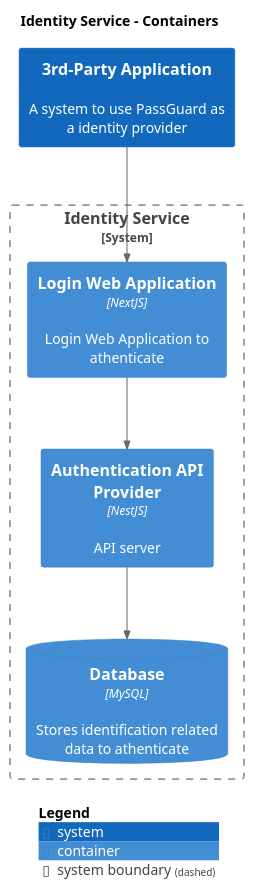
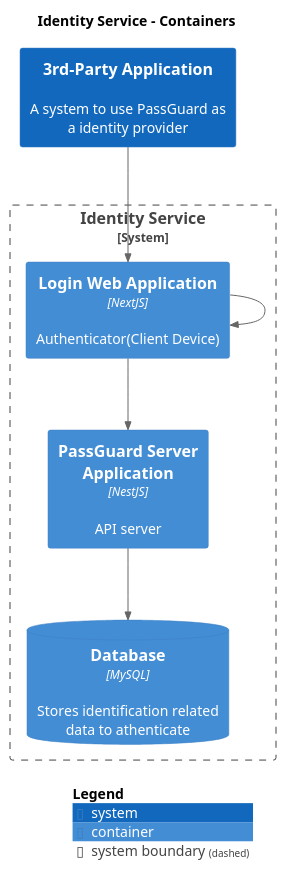
One commit to IntellectusCorp/passguard-docs changed the diagram in master/puml/Containers.puml. Above: the diagram before and after it, drawn with PlantUML. The commit also changed 29 other files, not shown here.

```diff
--- a/master/puml/Containers.puml
+++ b/master/puml/Containers.puml
@@ -1,24 +1,25 @@
 @startuml
 set separator none
 title Identity Service - Containers
 
 top to bottom direction
 
 !include <C4/C4>
 !include <C4/C4_Context>
 !include <C4/C4_Container>
 
 System(3rdPartyApplication, "3rd-Party Application", $descr="A system to use PassGuard as a identity provider", $tags="", $link="")
 
 System_Boundary("IdentityService_boundary", "Identity Service", $tags="") {
-  Container(IdentityService.LoginWebApplication, "Login Web Application", $techn="NextJS", $descr="Login Web Application to athenticate", $tags="", $link="")
-  Container(IdentityService.AuthenticationAPIProvider, "Authentication API Provider", $techn="NestJS", $descr="API server", $tags="", $link="")
+  Container(IdentityService.LoginWebApplication, "Login Web Application", $techn="NextJS", $descr="Authenticator(Client Device)", $tags="", $link="")
+  Container(IdentityService.PassGuardServerApplication, "PassGuard Server Application", $techn="NestJS", $descr="API server", $tags="", $link="")
   ContainerDb(IdentityService.Database, "Database", $techn="MySQL", $descr="Stores identification related data to athenticate", $tags="", $link="")
 }
 
-Rel(IdentityService.LoginWebApplication, IdentityService.AuthenticationAPIProvider, "", $techn="", $tags="", $link="")
-Rel(IdentityService.AuthenticationAPIProvider, IdentityService.Database, "", $techn="", $tags="", $link="")
 Rel(3rdPartyApplication, IdentityService.LoginWebApplication, "", $techn="", $tags="", $link="")
+Rel(IdentityService.LoginWebApplication, IdentityService.PassGuardServerApplication, "", $techn="", $tags="", $link="")
+Rel(IdentityService.LoginWebApplication, IdentityService.LoginWebApplication, "", $techn="", $tags="", $link="")
+Rel(IdentityService.PassGuardServerApplication, IdentityService.Database, "", $techn="", $tags="", $link="")
 
 SHOW_LEGEND(true)
 @enduml
```
